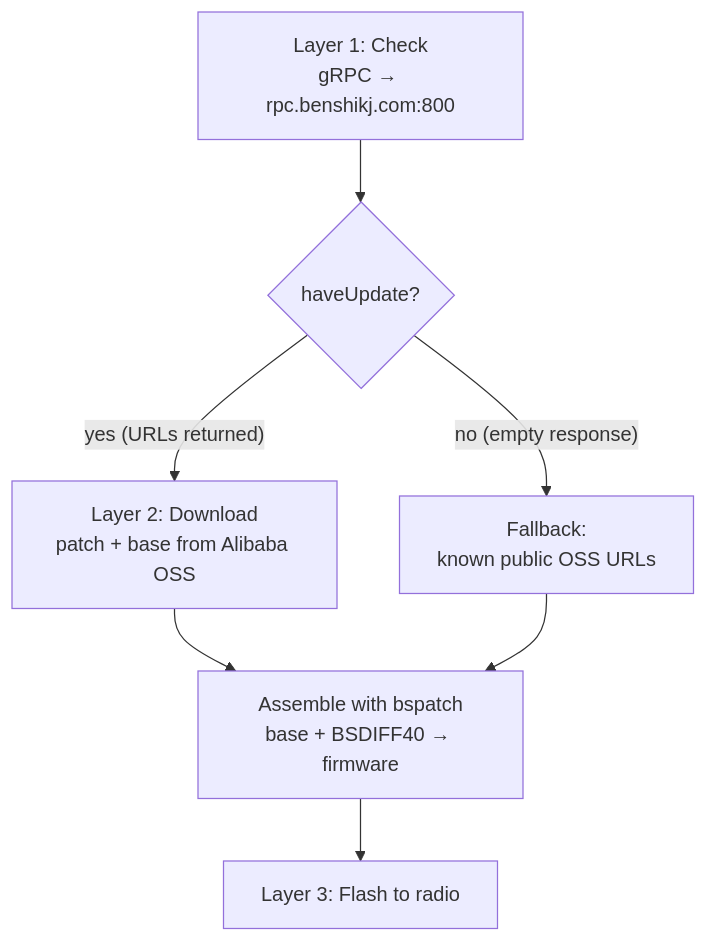
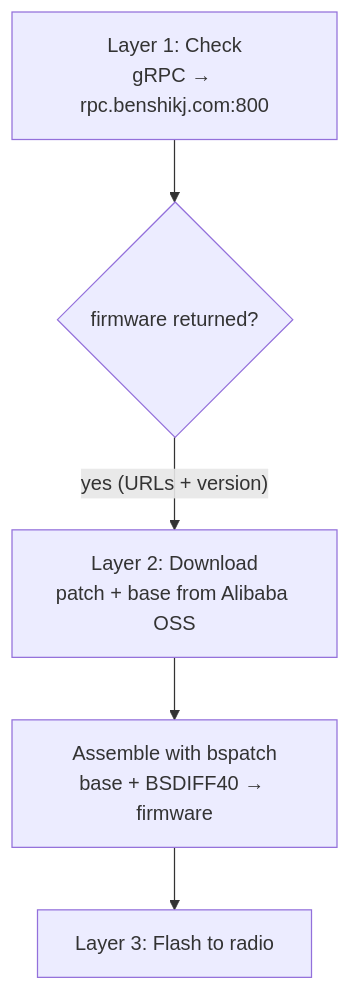
One commit to Ylianst/HTCommander changed the diagram in docs/blogs/benshi-firmware-server.md. Above: the diagram before and after it, drawn with Mermaid. The commit also changed other lines of this file and 6 other files, not shown here.

````diff
--- a/docs/blogs/benshi-firmware-server.md
+++ b/docs/blogs/benshi-firmware-server.md
@@ -22,9 +22,7 @@
 ```mermaid
 flowchart TD
-    A["Layer 1: Check<br/>gRPC → rpc.benshikj.com:800"] --> B{haveUpdate?}
-    B -- "yes (URLs returned)" --> C["Layer 2: Download<br/>patch + base from Alibaba OSS"]
-    B -- "no (empty response)" --> D["Fallback:<br/>known public OSS URLs"]
+    A["Layer 1: Check<br/>gRPC → rpc.benshikj.com:800"] --> B{firmware returned?}
+    B -- "yes (URLs + version)" --> C["Layer 2: Download<br/>patch + base from Alibaba OSS"]
     C --> E["Assemble with bspatch<br/>base + BSDIFF40 → firmware"]
-    D --> E
     E --> F["Layer 3: Flash to radio"]
 ```
````
